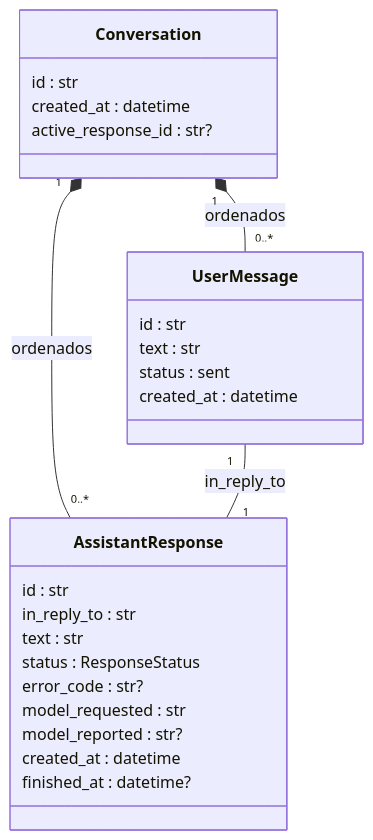
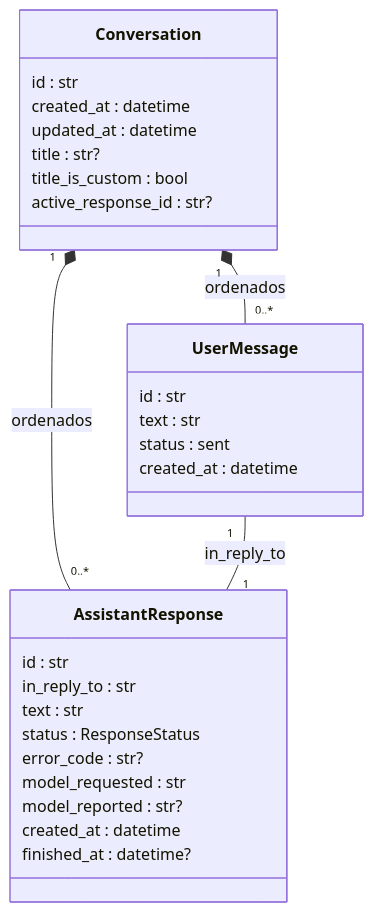
Before and after one commit to Jhonnysour/AI-assistant-backend: the first of 2 diagrams in docs/domain/conversations.md, drawn with Mermaid. The commit also changed other lines of this file and 37 other files, not shown here.

````diff
--- a/docs/domain/conversations.md
+++ b/docs/domain/conversations.md
@@ -25,28 +28,31 @@
 ```mermaid
 classDiagram
     class Conversation {
         id : str
         created_at : datetime
+        updated_at : datetime
+        title : str?
+        title_is_custom : bool
         active_response_id : str?
     }
     class UserMessage {
         id : str
         text : str
         status : sent
         created_at : datetime
     }
     class AssistantResponse {
         id : str
         in_reply_to : str
         text : str
         status : ResponseStatus
         error_code : str?
         model_requested : str
         model_reported : str?
         created_at : datetime
         finished_at : datetime?
     }
     Conversation "1" *-- "0..*" UserMessage : ordenados
     Conversation "1" *-- "0..*" AssistantResponse : ordenados
     UserMessage "1" -- "1" AssistantResponse : in_reply_to
 ```
````
